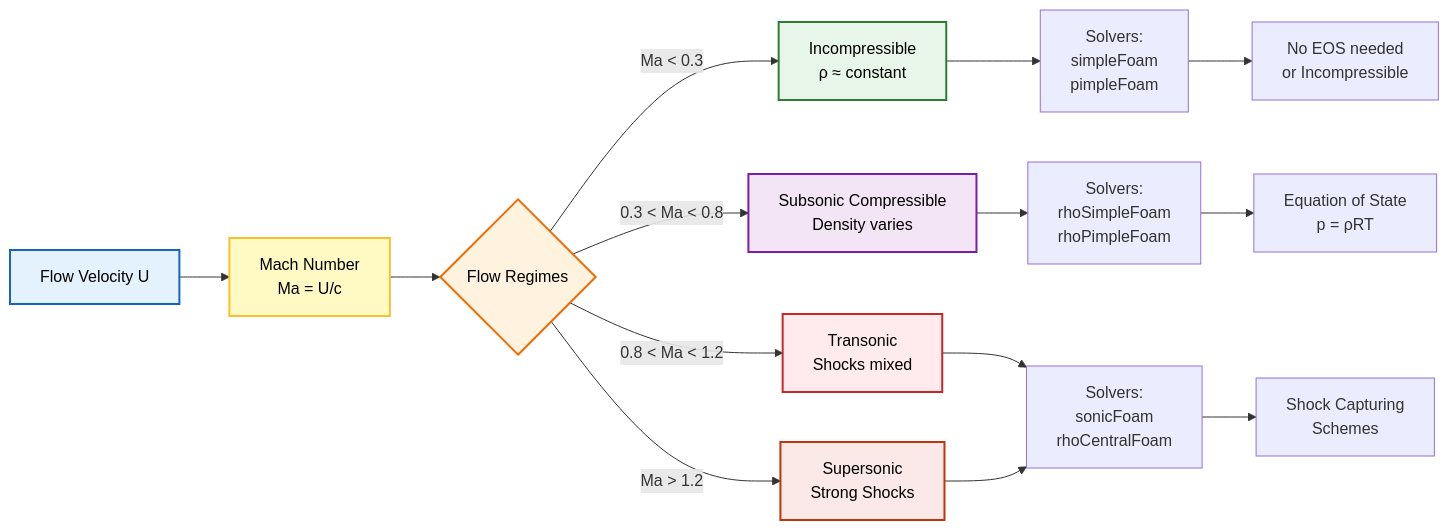
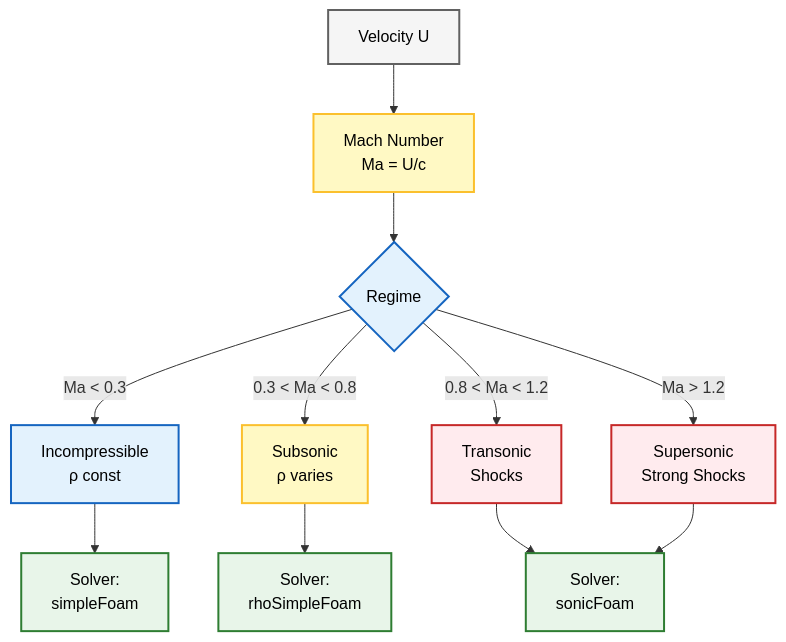
The third of 5 diagrams in MODULE_01_CFD_FUNDAMENTALS/CONTENT/01_GOVERNING_EQUATIONS/04_Dimensionless_Numbers.md (wramet/build-my-cfd), drawn with Mermaid before and after one commit. The commit also changed other lines of this file and 313 other files, not shown here.

Commit message:
Revise all diagram

````diff
--- a/MODULE_01_CFD_FUNDAMENTALS/CONTENT/01_GOVERNING_EQUATIONS/04_Dimensionless_Numbers.md
+++ b/MODULE_01_CFD_FUNDAMENTALS/CONTENT/01_GOVERNING_EQUATIONS/04_Dimensionless_Numbers.md
@@ -290,27 +260,20 @@
 ```mermaid
-graph LR
-    A["Flow Velocity U"] --> B["Mach Number<br/>Ma = U/c"]
-    B --> C{"Flow Regimes"}
+graph TD
+A["Velocity U"]:::context --> B["Mach Number<br/>Ma = U/c"]:::explicit
+B --> C{"Regime"}:::implicit
+C -->|Ma < 0.3| D["Incompressible<br/>ρ const"]:::implicit
+C -->|0.3 < Ma < 0.8| E["Subsonic<br/>ρ varies"]:::explicit
+C -->|0.8 < Ma < 1.2| F["Transonic<br/>Shocks"]:::volatile
+C -->|Ma > 1.2| G["Supersonic<br/>Strong Shocks"]:::volatile
 
-    C -->|Ma < 0.3| D["Incompressible<br/>ρ ≈ constant"]
-    C -->|0.3 < Ma < 0.8| E["Subsonic Compressible<br/>Density varies"]
-    C -->|0.8 < Ma < 1.2| F["Transonic<br/>Shocks mixed"]
-    C -->|Ma > 1.2| G["Supersonic<br/>Strong Shocks"]
+D --> H["Solver:<br/>simpleFoam"]:::success
+E --> I["Solver:<br/>rhoSimpleFoam"]:::success
+F --> J["Solver:<br/>sonicFoam"]:::success
+G --> J
 
-    D --> H["Solvers:<br/>simpleFoam<br/>pimpleFoam"]
-    E --> I["Solvers:<br/>rhoSimpleFoam<br/>rhoPimpleFoam"]
-    F --> J["Solvers:<br/>sonicFoam<br/>rhoCentralFoam"]
-    G --> J
-
-    H --> K["No EOS needed<br/>or Incompressible"]
-    I --> L["Equation of State<br/>p = ρRT"]
-    J --> M["Shock Capturing<br/>Schemes"]
-
-    style A fill:#e3f2fd,stroke:#1565c0,stroke-width:2px,color:#000
-    style B fill:#fff9c4,stroke:#fbc02d,stroke-width:2px,color:#000
-    style C fill:#fff3e0,stroke:#ef6c00,stroke-width:2px,color:#000
-    style D fill:#e8f5e9,stroke:#2e7d32,stroke-width:2px,color:#000
-    style E fill:#f3e5f5,stroke:#7b1fa2,stroke-width:2px,color:#000
-    style F fill:#ffebee,stroke:#c62828,stroke-width:2px,color:#000
-    style G fill:#fbe9e7,stroke:#bf360c,stroke-width:2px,color:#000
+classDef context fill:#f5f5f5,stroke:#616161,stroke-width:2px,color:#000;
+classDef implicit fill:#e3f2fd,stroke:#1565c0,stroke-width:2px,color:#000;
+classDef explicit fill:#fff9c4,stroke:#fbc02d,stroke-width:2px,color:#000;
+classDef volatile fill:#ffebee,stroke:#c62828,stroke-width:2px,color:#000;
+classDef success fill:#e8f5e9,stroke:#2e7d32,stroke-width:2px,color:#000;
 ```
````
